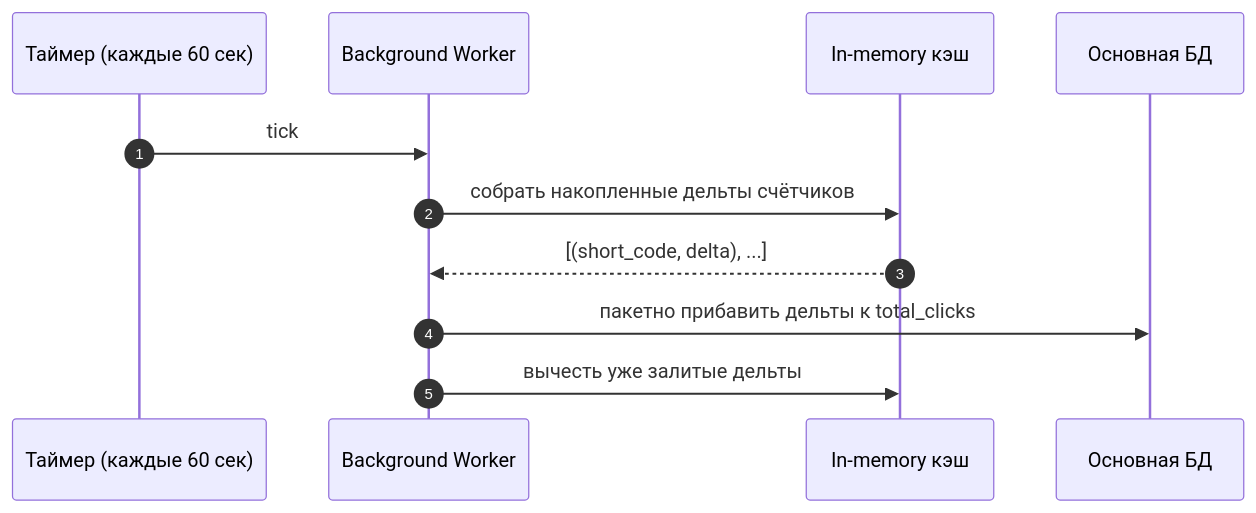
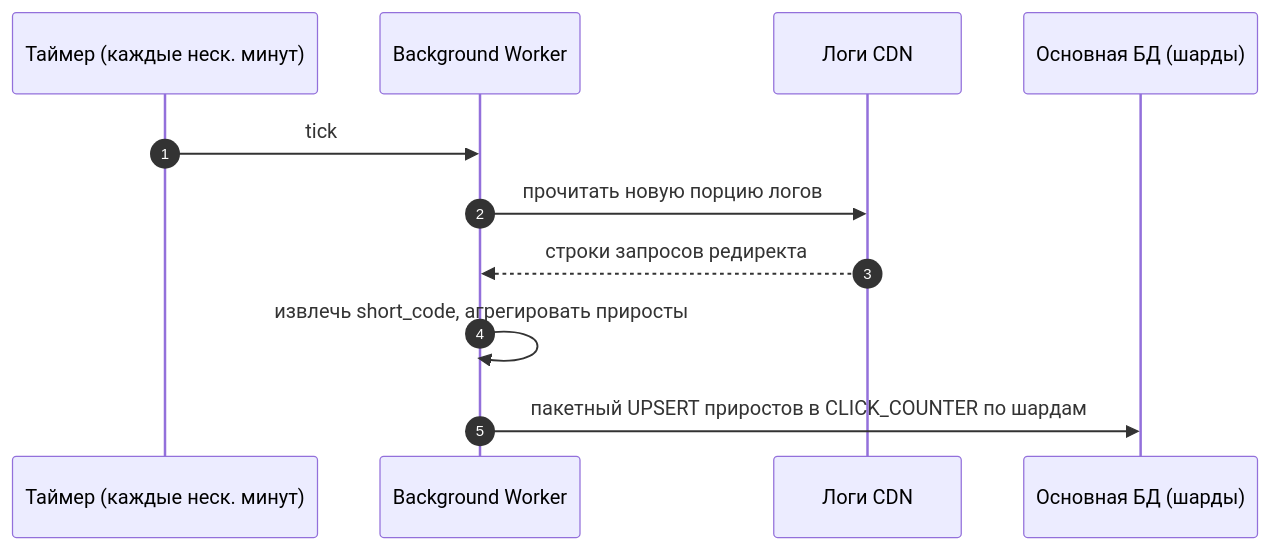
One commit to f1yToMoon/url_shortener changed the eighth of 9 diagrams in README.md. Above: the diagram before and after it, drawn with Mermaid. The commit also changed other lines of this file, not shown here.

````diff
--- a/README.md
+++ b/README.md
@@ -445,14 +460,14 @@
 ```mermaid
 sequenceDiagram
   autonumber
-  participant T as Таймер (каждые 60 сек)
+  participant T as Таймер (каждые неск. минут)
   participant W as Background Worker
-  participant KV as In-memory кэш
-  participant DB as Основная БД
+  participant Logs as Логи CDN
+  participant DB as Основная БД (шарды)
 
   T->>W: tick
-  W->>KV: собрать накопленные дельты счётчиков
-  KV-->>W: [(short_code, delta), ...]
-  W->>DB: пакетно прибавить дельты к total_clicks
-  W->>KV: вычесть уже залитые дельты
+  W->>Logs: прочитать новую порцию логов
+  Logs-->>W: строки запросов редиректа
+  W->>W: извлечь short_code, агрегировать приросты
+  W->>DB: пакетный UPSERT приростов в CLICK_COUNTER по шардам
 ```
````
